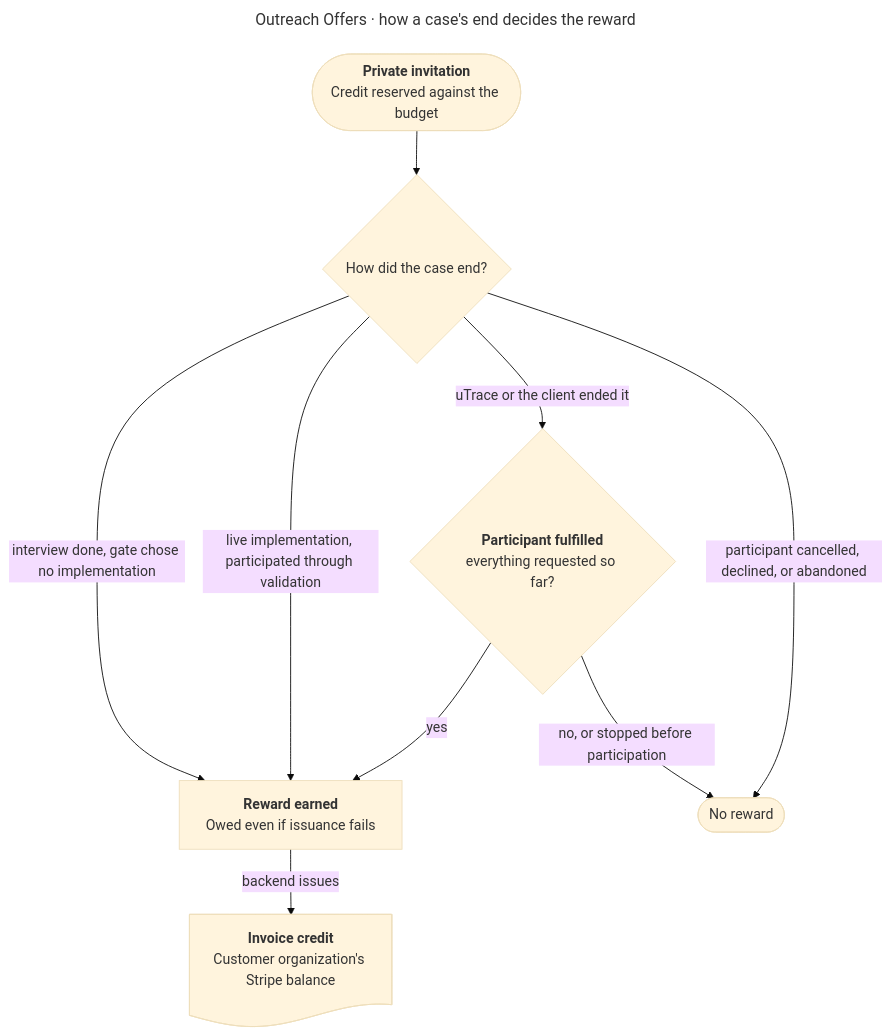
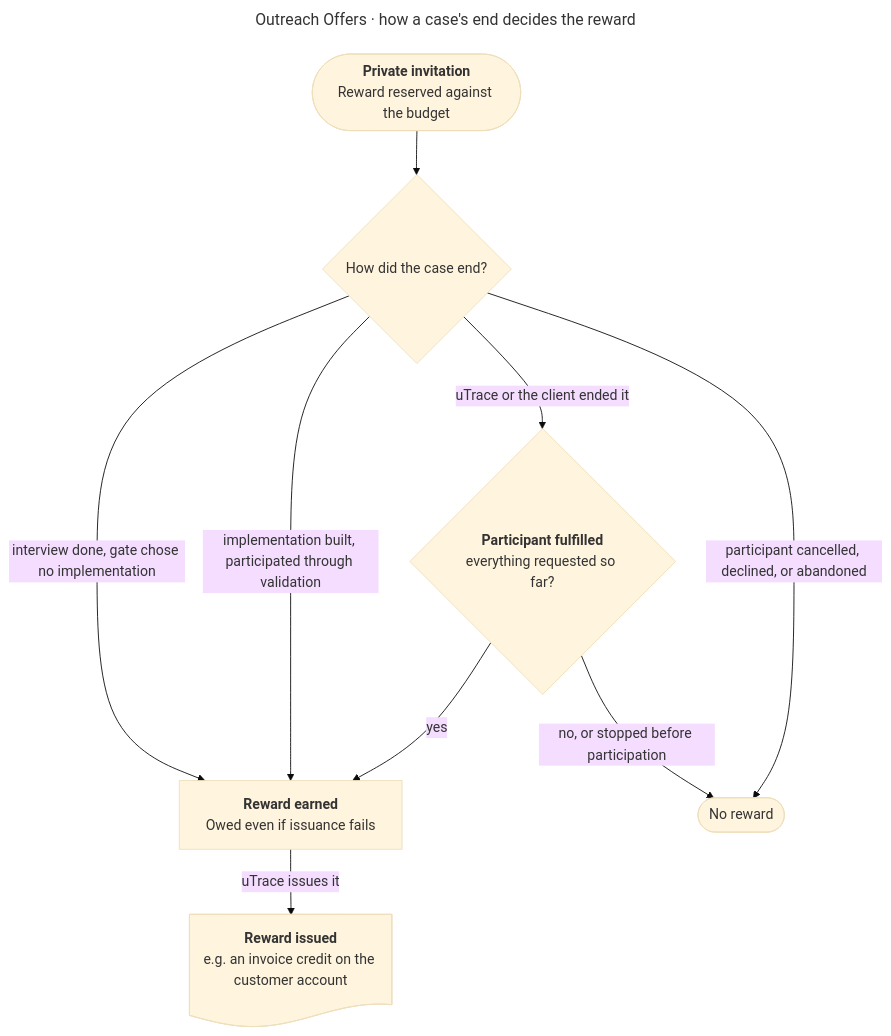
One commit to rithm84/userTrace changed the diagram in docs/diagrams/pele/prd-outreach-earning.mmd. Above: the diagram before and after it, drawn with Mermaid (base theme). The commit also changed 16 other files, not shown here.

```diff
--- a/docs/diagrams/pele/prd-outreach-earning.mmd
+++ b/docs/diagrams/pele/prd-outreach-earning.mmd
@@ -1,23 +1,23 @@
 ---
 title: Outreach Offers · how a case's end decides the reward
 ---
 flowchart TB
   offer(["`**Private invitation**
-  Credit reserved against the budget`"]):::people
+  Reward reserved against the budget`"]):::people
   ending{How did the case end?}:::gate
   fulfilled{"`**Participant fulfilled**
   everything requested so far?`"}:::gate
   earned["`**Reward earned**
   Owed even if issuance fails`"]:::outcome
   none(["No reward"]):::neutral
-  credit@{ shape: doc, label: "**Invoice credit**<br/>Customer organization's Stripe balance" }
+  credit@{ shape: doc, label: "**Reward issued**<br/>e.g. an invoice credit on the customer account" }
 
   offer --> ending
   ending ok_1@-->|interview done, gate chose no implementation| earned
-  ending ok_2@-->|live implementation, participated through validation| earned
+  ending ok_2@-->|implementation built, participated through validation| earned
   ending -->|uTrace or the client ended it| fulfilled
   fulfilled ok_3@-->|yes| earned
   fulfilled blocked_1@-->|no, or stopped before participation| none
   ending blocked_2@-->|participant cancelled, declined, or abandoned| none
-  earned -->|backend issues| credit
+  earned -->|uTrace issues it| credit
   class credit outcome
```
